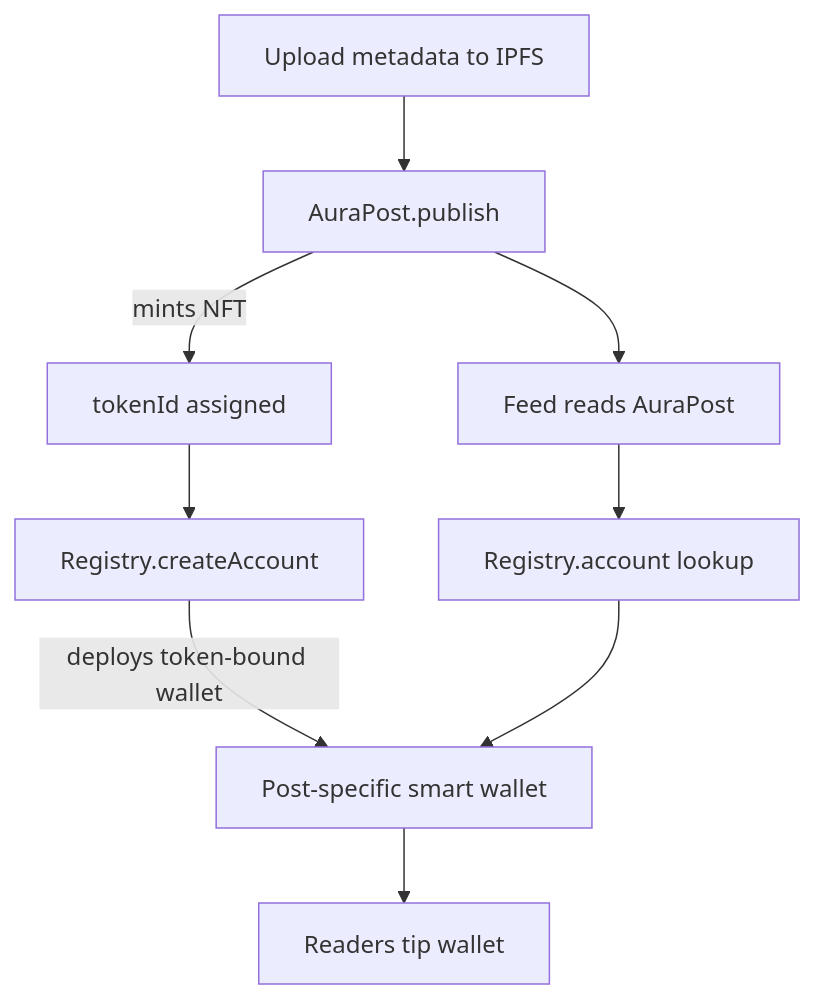
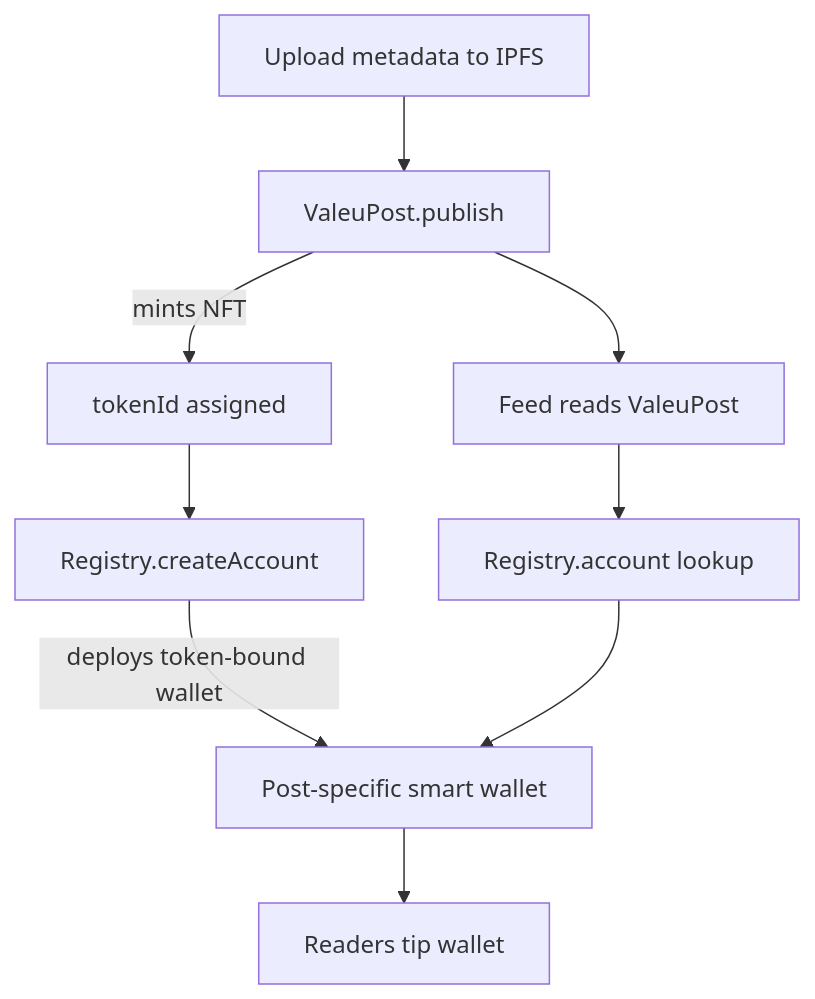
One commit to moritzfelipe/aura changed the first of 2 diagrams in docs/onchain-explainer.md. Above: the diagram before and after it, drawn with Mermaid. The commit also changed other lines of this file and 21 other files, not shown here.

````diff
--- a/docs/onchain-explainer.md
+++ b/docs/onchain-explainer.md
@@ -17,11 +17,11 @@
 ```mermaid
 flowchart TD
-    A[Upload metadata to IPFS] --> B[AuraPost.publish]
+    A[Upload metadata to IPFS] --> B[ValeuPost.publish]
     B --> |mints NFT| C[tokenId assigned]
     C --> D[Registry.createAccount]
     D --> |deploys token-bound wallet| E[Post-specific smart wallet]
     E --> F[Readers tip wallet]
-    B --> G[Feed reads AuraPost]
+    B --> G[Feed reads ValeuPost]
     G --> H[Registry.account lookup]
     H --> E
 ```
````
